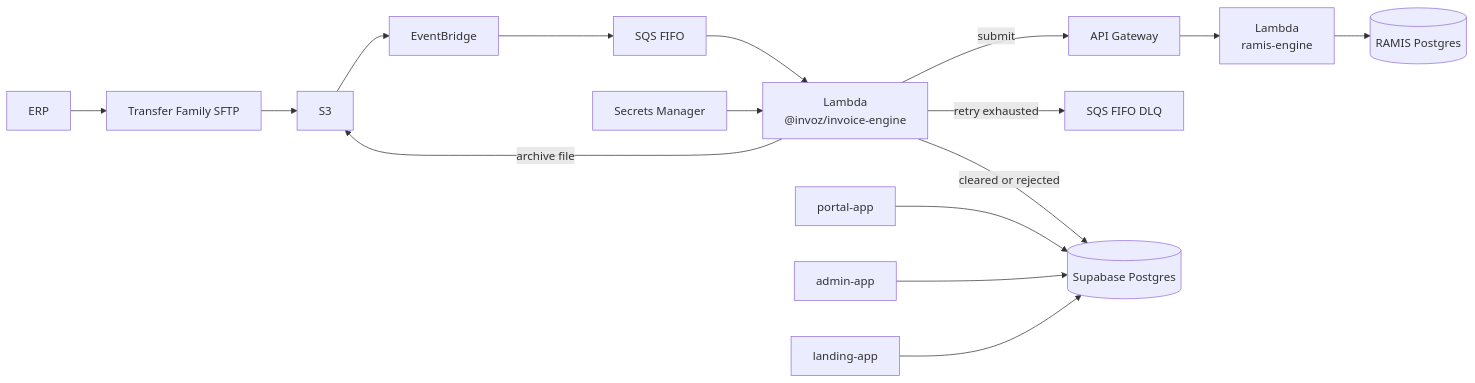
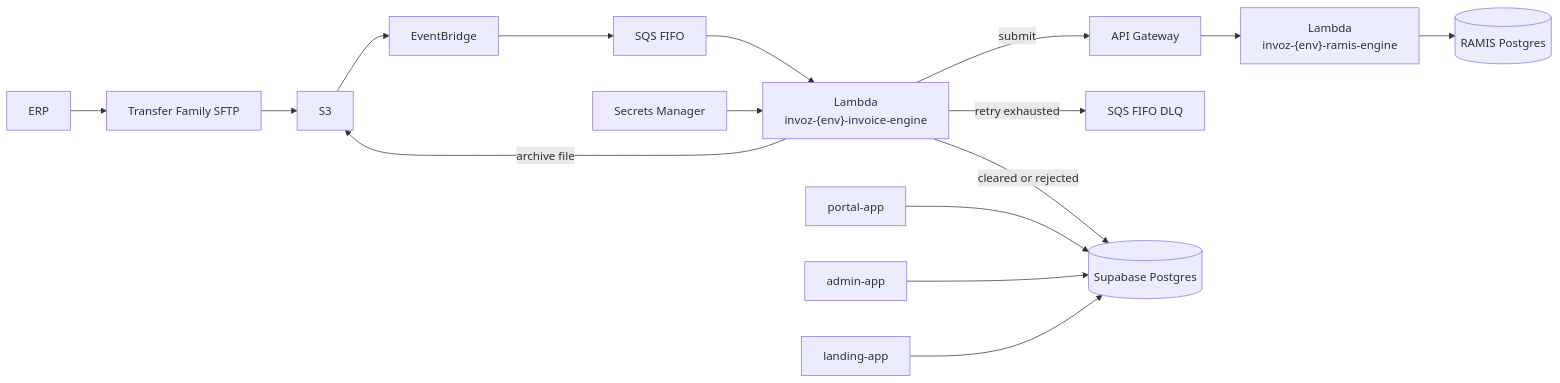
The first of 2 diagrams in docs/architecture.md (bumuthu/invoz), drawn with Mermaid before and after one commit. The commit also changed other lines of this file and 10 other files, not shown here.

````diff
--- a/docs/architecture.md
+++ b/docs/architecture.md
@@ -13,28 +13,28 @@
 ```mermaid
 flowchart LR
   erp[ERP]
   sftp[Transfer Family SFTP]
   s3[S3]
   events[EventBridge]
   fifo[SQS FIFO]
-  lambda["Lambda<br/>@invoz/invoice-engine"]
+  lambda["Lambda<br/>invoz-{env}-invoice-engine"]
   apigw[API Gateway]
-  engine["Lambda<br/>ramis-engine"]
+  engine["Lambda<br/>invoz-{env}-ramis-engine"]
   secrets[Secrets Manager]
   dlq[SQS FIFO DLQ]
   db[("Supabase Postgres")]
   ramisdb[("RAMIS Postgres")]
   portal[portal-app]
   admin[admin-app]
   landing[landing-app]
 
   erp --> sftp --> s3 --> events --> fifo --> lambda
   secrets --> lambda
   lambda -->|cleared or rejected| db
   lambda -->|retry exhausted| dlq
   lambda -->|archive file| s3
   lambda -->|submit| apigw --> engine --> ramisdb
   portal --> db
   admin --> db
   landing --> db
 ```
````
